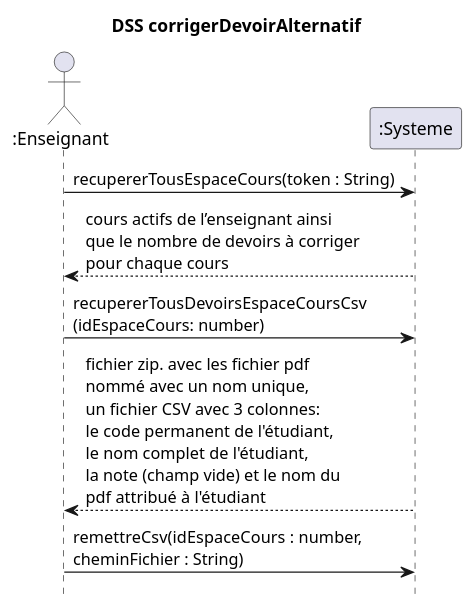
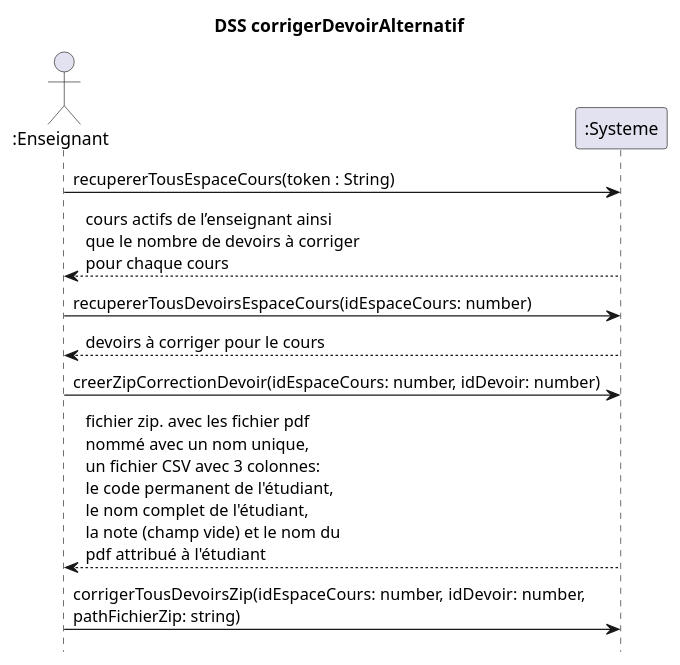
One commit to nerdz88/SGA-TS changed the second of 2 diagrams in docs/CorrigerDevoir/DSS_corrigerDevoir.puml. Above: the diagram before and after it, drawn with PlantUML. The commit also changed other lines of this file and 19 other files, not shown here.

```diff
--- a/docs/CorrigerDevoir/DSS_corrigerDevoir.puml
+++ b/docs/CorrigerDevoir/DSS_corrigerDevoir.puml
@@ -17,12 +17,14 @@
 @startuml dss_corrigerDevoirAlternatif
 title DSS corrigerDevoirAlternatif
 hide footbox
 actor ":Enseignant" as enseignant
 participant ":Systeme" as systeme
 
 enseignant ->  systeme : recupererTousEspaceCours(token : String)
 enseignant <-- systeme : cours actifs de l’enseignant ainsi\nque le nombre de devoirs à corriger\npour chaque cours
-enseignant -> systeme : recupererTousDevoirsEspaceCoursCsv\n(idEspaceCours: number)
+enseignant -> systeme : recupererTousDevoirsEspaceCours(idEspaceCours: number)
+systeme --> enseignant : devoirs à corriger pour le cours
+enseignant -> systeme : creerZipCorrectionDevoir(idEspaceCours: number, idDevoir: number)
 systeme --> enseignant : fichier zip. avec les fichier pdf\nnommé avec un nom unique,\nun fichier CSV avec 3 colonnes:\nle code permanent de l'étudiant,\nle nom complet de l'étudiant,\nla note (champ vide) et le nom du\npdf attribué à l'étudiant
-enseignant -> systeme : remettreCsv(idEspaceCours : number,\ncheminFichier : String)
+enseignant -> systeme : corrigerTousDevoirsZip(idEspaceCours: number, idDevoir: number,\npathFichierZip: string)
 @enduml
```
